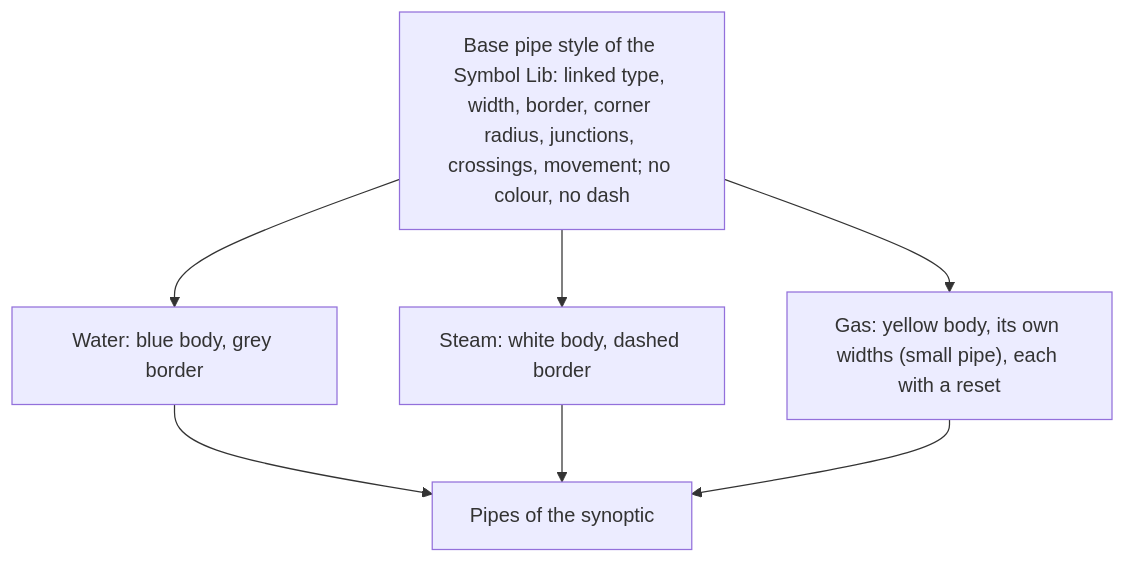
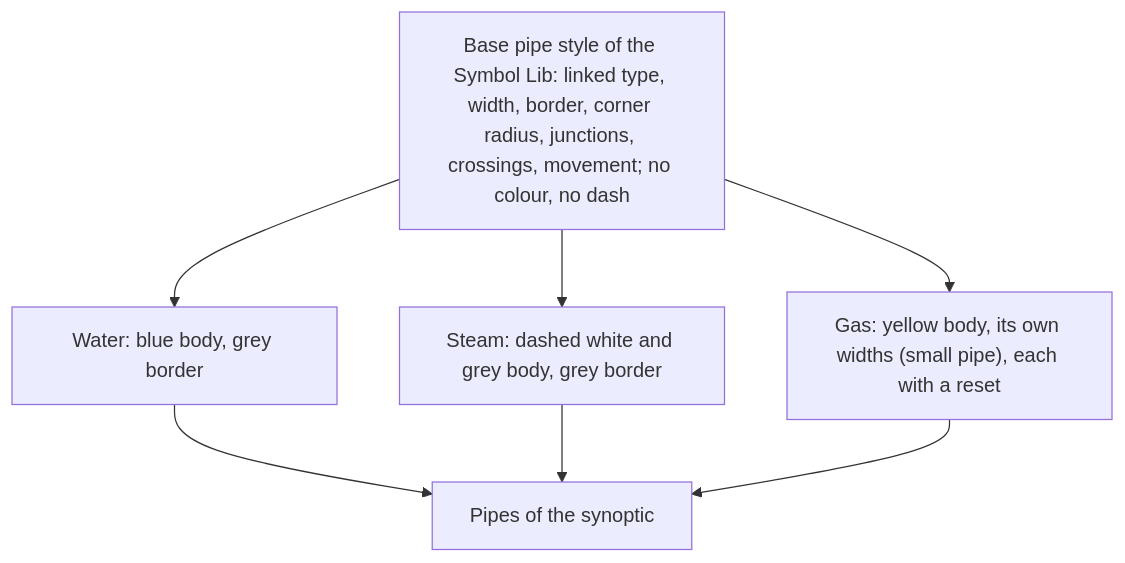
The first of 5 diagrams in symbols/pipes/pipe-styles.md (AlexandreGallais/synoptic-studio-spec), drawn with Mermaid before and after one commit. The commit also changed other lines of this file and 32 other files, not shown here.

````diff
--- a/symbols/pipes/pipe-styles.md
+++ b/symbols/pipes/pipe-styles.md
@@ -75,10 +75,10 @@
 ```mermaid
 flowchart TD
     B["Base pipe style of the Symbol Lib: linked type, width, border, corner radius, junctions, crossings, movement; no colour, no dash"]
     B --> W["Water: blue body, grey border"]
-    B --> S["Steam: white body, dashed border"]
+    B --> S["Steam: dashed white and grey body, grey border"]
     B --> G["Gas: yellow body, its own widths (small pipe), each with a reset"]
     W --> P1["Pipes of the synoptic"]
     S --> P1
     G --> P1
 ```
````
